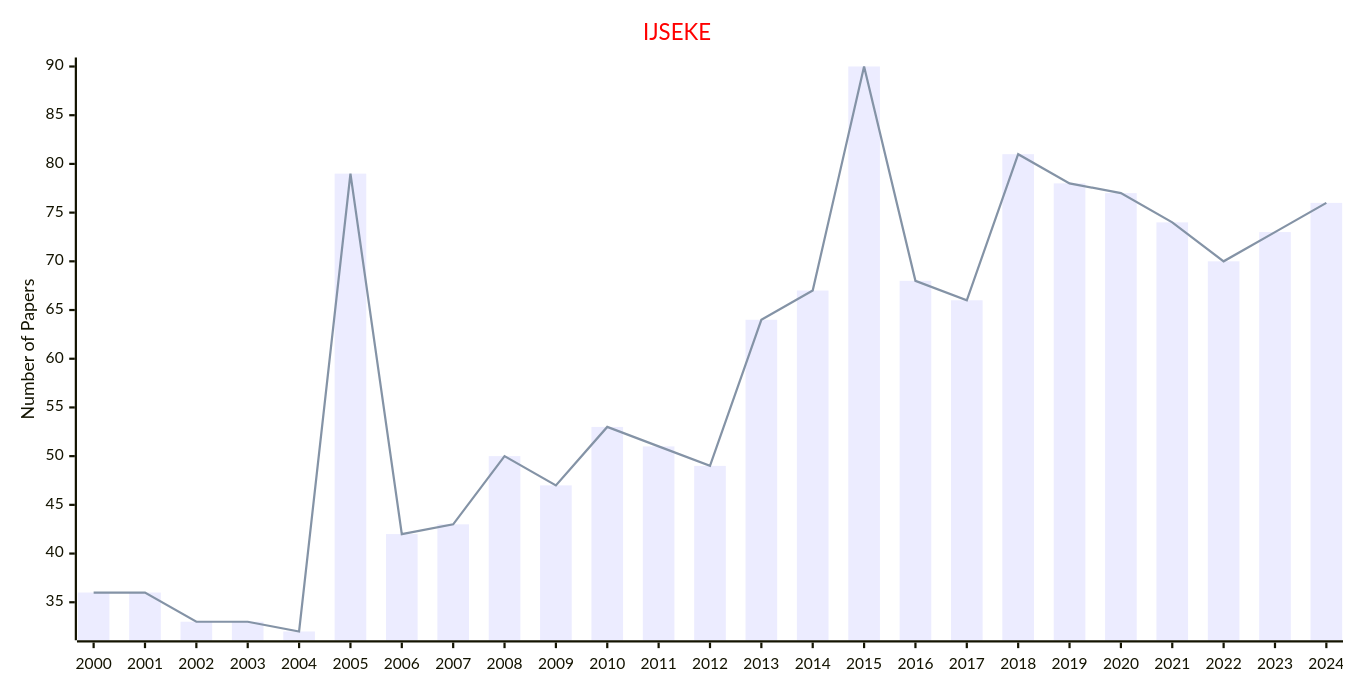
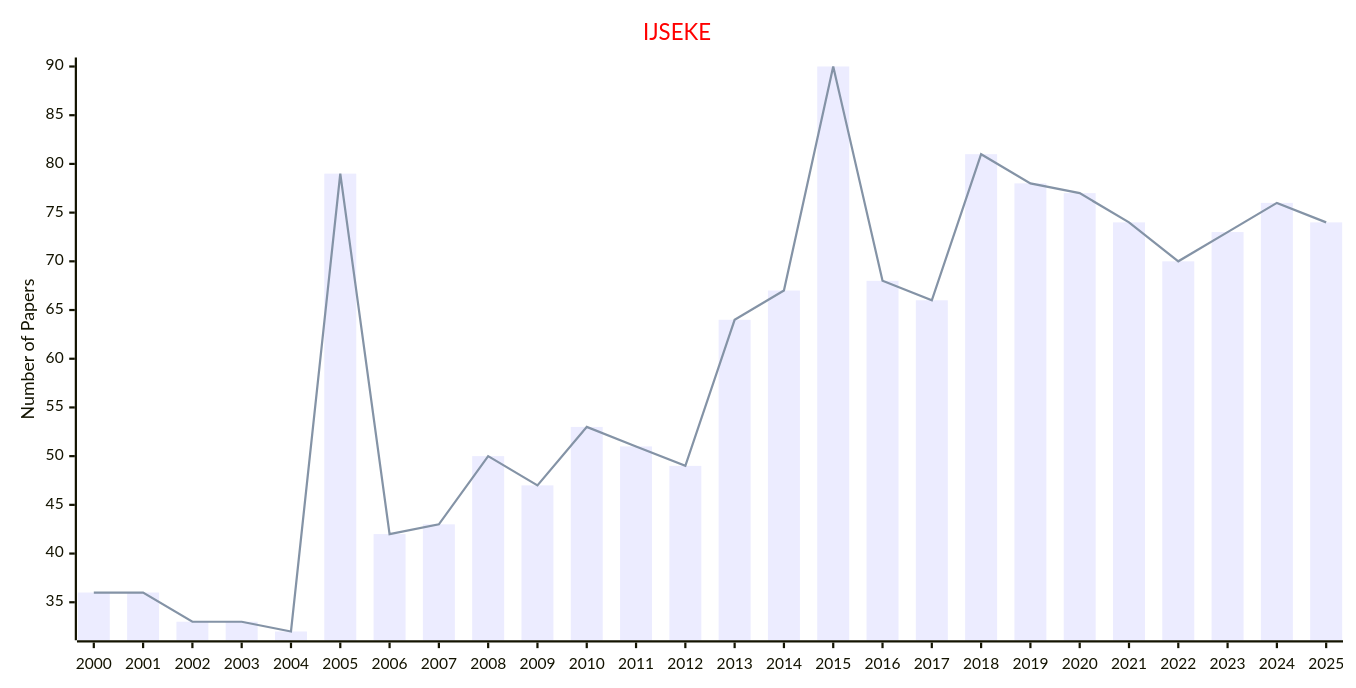
One commit to Easy-PhD/AILinks changed the second of 2 diagrams in docs/data/Journals/Statistics_Journals/Software_Engineering.md. Above: the diagram before and after it, drawn with Mermaid. The commit also changed other lines of this file and 93 other files, not shown here.

````diff
--- a/docs/data/Journals/Statistics_Journals/Software_Engineering.md
+++ b/docs/data/Journals/Statistics_Journals/Software_Engineering.md
@@ -33,17 +33,17 @@
 ```mermaid
 ---
 config:
     xyChart:
         width: 1200
         height: 600
     themeVariables:
         xyChart:
             titleColor: "#ff0000"
 ---
 xychart-beta
     title "IJSEKE"
-    x-axis [2000, 2001, 2002, 2003, 2004, 2005, 2006, 2007, 2008, 2009, 2010, 2011, 2012, 2013, 2014, 2015, 2016, 2017, 2018, 2019, 2020, 2021, 2022, 2023, 2024]
+    x-axis [2000, 2001, 2002, 2003, 2004, 2005, 2006, 2007, 2008, 2009, 2010, 2011, 2012, 2013, 2014, 2015, 2016, 2017, 2018, 2019, 2020, 2021, 2022, 2023, 2024, 2025]
     y-axis "Number of Papers"
-    bar [36, 36, 33, 33, 32, 79, 42, 43, 50, 47, 53, 51, 49, 64, 67, 90, 68, 66, 81, 78, 77, 74, 70, 73, 76]
-    line [36, 36, 33, 33, 32, 79, 42, 43, 50, 47, 53, 51, 49, 64, 67, 90, 68, 66, 81, 78, 77, 74, 70, 73, 76]
+    bar [36, 36, 33, 33, 32, 79, 42, 43, 50, 47, 53, 51, 49, 64, 67, 90, 68, 66, 81, 78, 77, 74, 70, 73, 76, 74]
+    line [36, 36, 33, 33, 32, 79, 42, 43, 50, 47, 53, 51, 49, 64, 67, 90, 68, 66, 81, 78, 77, 74, 70, 73, 76, 74]
 ```
````
